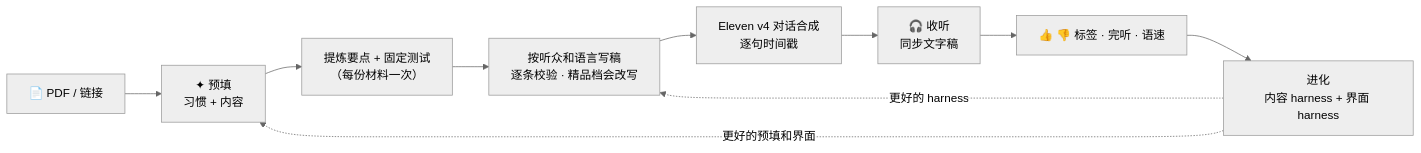
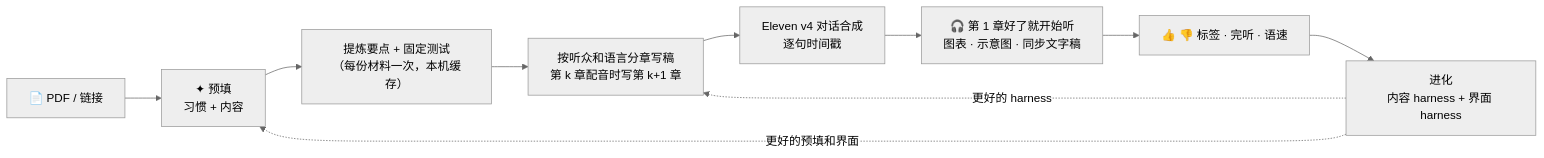
One commit to LittleA-Agentic-RL-Harness/evocast changed the diagram in README.zh-CN.md. Above: the diagram before and after it, drawn with Mermaid (neutral theme). The commit also changed 35 other files, not shown here.

````diff
--- a/README.zh-CN.md
+++ b/README.zh-CN.md
@@ -77,12 +77,12 @@
 ```mermaid
 flowchart LR
   A["📄 PDF / 链接"] --> P["✦ 预填<br/>习惯 + 内容"]
-  P --> B["提炼要点 + 固定测试<br/>（每份材料一次）"]
-  B --> S["按听众和语言写稿<br/>逐条校验 · 精品档会改写"]
+  P --> B["提炼要点 + 固定测试<br/>（每份材料一次，本机缓存）"]
+  B --> S["按听众和语言分章写稿<br/>第 k 章配音时写第 k+1 章"]
   S --> T["Eleven v4 对话合成<br/>逐句时间戳"]
-  T --> L["🎧 收听<br/>同步文字稿"]
+  T --> L["🎧 第 1 章好了就开始听<br/>图表 · 示意图 · 同步文字稿"]
   L --> F["👍 👎 标签 · 完听 · 语速"]
   F --> E["进化<br/>内容 harness + 界面 harness"]
   E -. 更好的 harness .-> S
   E -. 更好的预填和界面 .-> P
 ```
````
